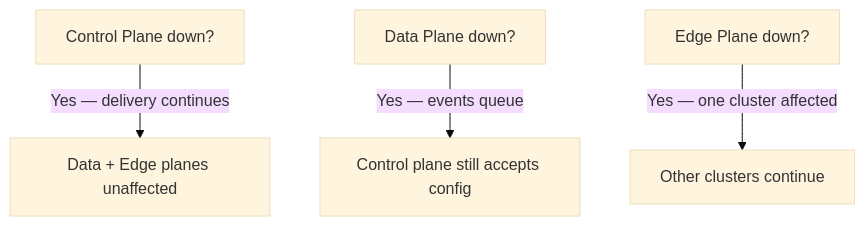
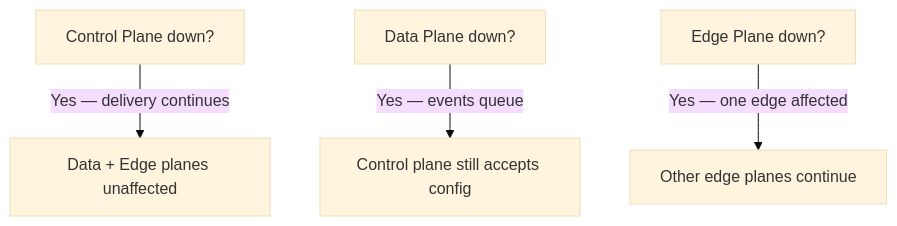
One commit to zenmesh/docs changed the diagram in docs/architecture/three-plane-model.md. Above: the diagram before and after it, drawn with Mermaid (base theme). The commit also changed other lines of this file and 21 other files, not shown here.

Commit message:
docs: repair plane terminology and runtime architecture (DOCSAI_DOCS006)

````diff
--- a/docs/architecture/three-plane-model.md
+++ b/docs/architecture/three-plane-model.md
@@ -47,6 +64,6 @@
 ```mermaid
 flowchart TD
     CP["Control Plane down?"] -->|"Yes — delivery continues"| DP["Data + Edge planes unaffected"]
     DP2["Data Plane down?"] -->|"Yes — events queue"| CP2["Control plane still accepts config"]
-    EP["Edge Plane down?"] -->|"Yes — one cluster affected"| OTH["Other clusters continue"]
+    EP["Edge Plane down?"] -->|"Yes — one edge affected"| OTH["Other edge planes continue"]
 ```
````
